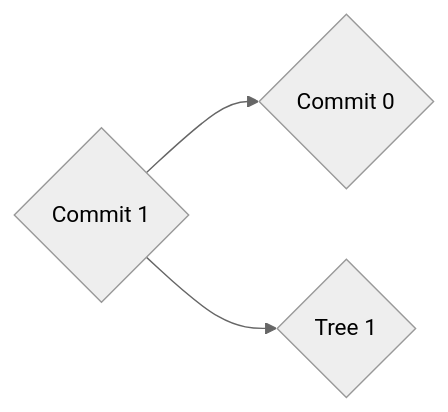
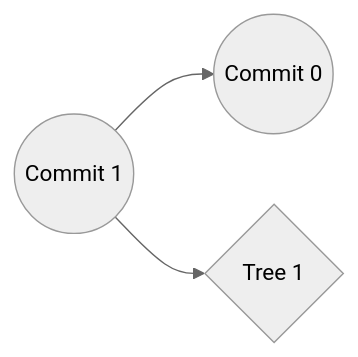
One commit to jakkunight/mini-git-py changed the first of 3 diagrams in docs/git.md. Above: the diagram before and after it, drawn with Mermaid (neutral theme). The commit also changed other lines of this file, not shown here.

Commit message:
Retoque de nodos + Se retoca la forma de los nodos del commit.

````diff
--- a/docs/git.md
+++ b/docs/git.md
@@ -52,9 +52,9 @@
 ```mermaid
 graph LR
-  commit0{"Commit 0"}
-  commit1{"Commit 1"}
+  commit0(("Commit 0"))
+  commit1(("Commit 1"))
   tree1{"Tree 1"}
 
   commit1-->commit0
   commit1-->tree1
 ```
````
